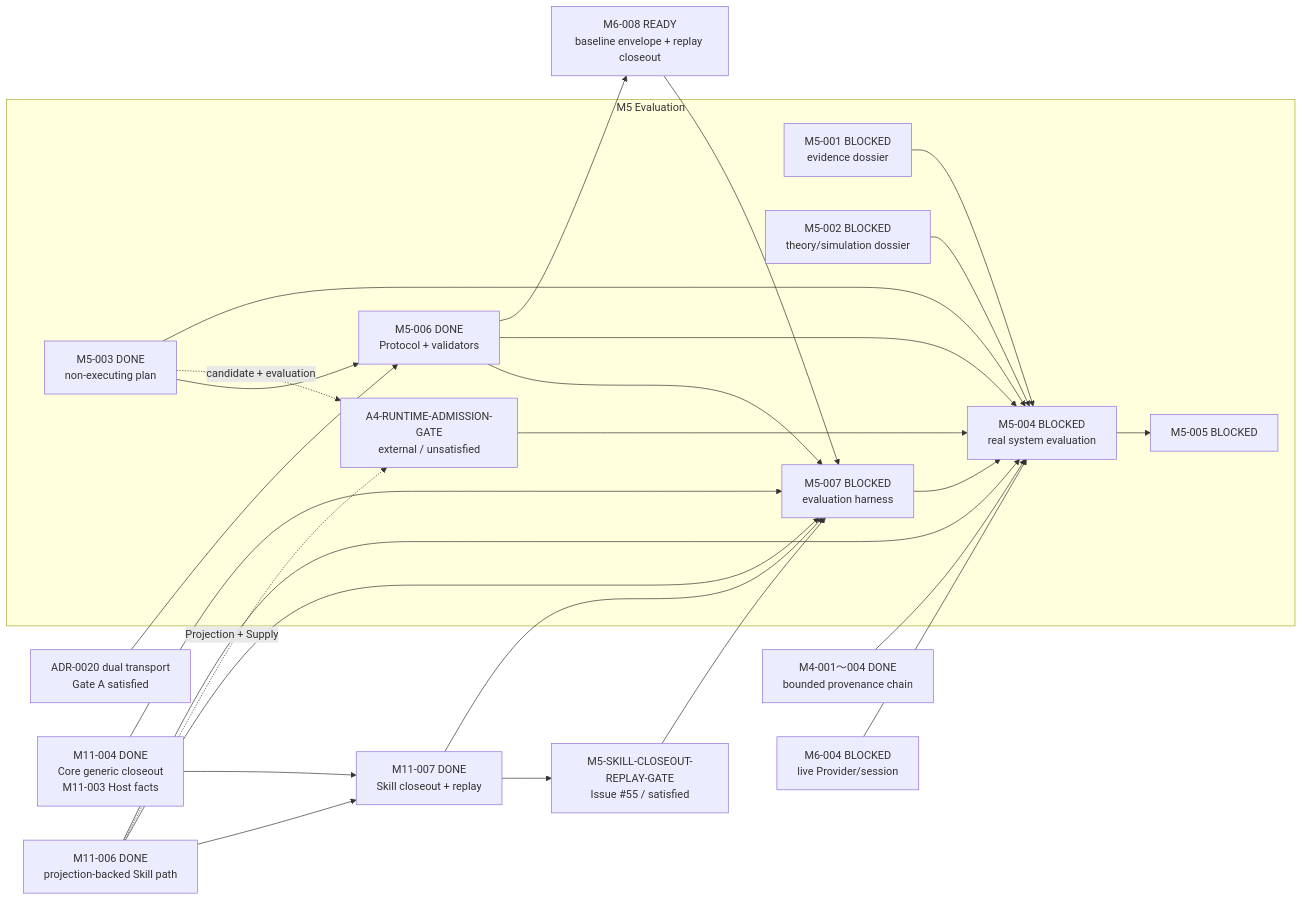
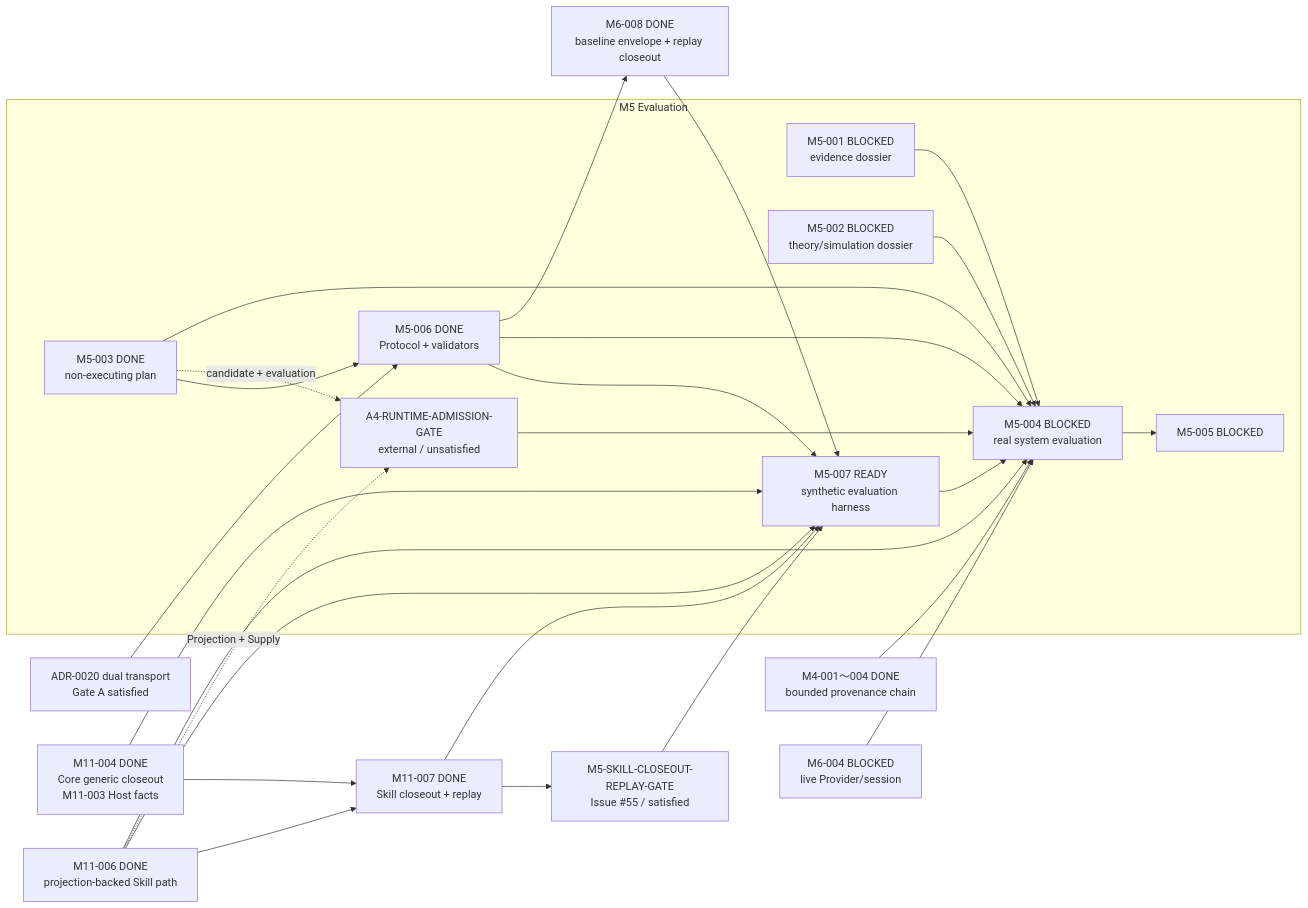
The third of 5 diagrams in docs/M_SERIES_IMPLEMENTATION_MAP.md (Chengyue-Lu/research-agent-workbench), drawn with Mermaid before and after one commit. The commit also changed other lines of this file and 20 other files, not shown here.

````diff
--- a/docs/M_SERIES_IMPLEMENTATION_MAP.md
+++ b/docs/M_SERIES_IMPLEMENTATION_MAP.md
@@ -99,30 +99,30 @@
 ```mermaid
 flowchart LR
     subgraph M5["M5 Evaluation"]
         M5001["M5-001 BLOCKED<br/>evidence dossier"] --> M5004["M5-004 BLOCKED<br/>real system evaluation"]
         M5002["M5-002 BLOCKED<br/>theory/simulation dossier"] --> M5004
         M5003["M5-003 DONE<br/>non-executing plan"] --> M5006["M5-006 DONE<br/>Protocol + validators"]
-        M5006 --> M5007["M5-007 BLOCKED<br/>evaluation harness"]
+        M5006 --> M5007["M5-007 READY<br/>synthetic evaluation harness"]
         M5003 -. "candidate + evaluation" .-> A4G["A4-RUNTIME-ADMISSION-GATE<br/>external / unsatisfied"]
         A4G --> M5004
         M5003 --> M5004
         M5006 --> M5004
         M5007 --> M5004
         M5004 --> M5005["M5-005 BLOCKED"]
     end
 
     M4Done["M4-001～004 DONE<br/>bounded provenance chain"] --> M5004
     BTG["ADR-0020 dual transport<br/>Gate A satisfied"] --> M5006
-    M5006 --> M6008["M6-008 READY<br/>baseline envelope + replay closeout"]
+    M5006 --> M6008["M6-008 DONE<br/>baseline envelope + replay closeout"]
     M6008 --> M5007
     M1104["M11-004 DONE<br/>Core generic closeout<br/>M11-003 Host facts"] --> M5007
     M1106["M11-006 DONE<br/>projection-backed Skill path"] --> M5007
     M1104 --> M1107["M11-007 DONE<br/>Skill closeout + replay"]
     M1106 --> M1107
     M1107 --> M5007
     M1107 --> SCG
     SCG["M5-SKILL-CLOSEOUT-REPLAY-GATE<br/>Issue #55 / satisfied"] --> M5007
     M1106 -. "Projection + Supply" .-> A4G
     M1106 --> M5004
     M6004["M6-004 BLOCKED<br/>live Provider/session"] --> M5004
 ```
````
